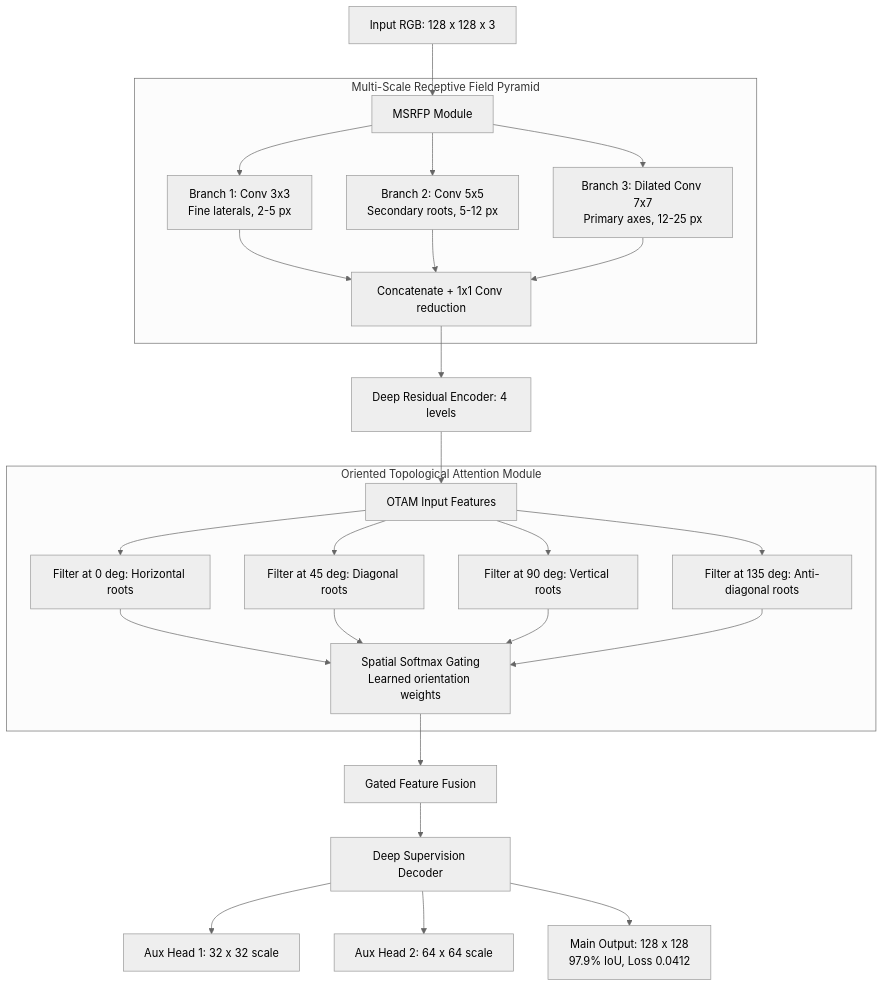
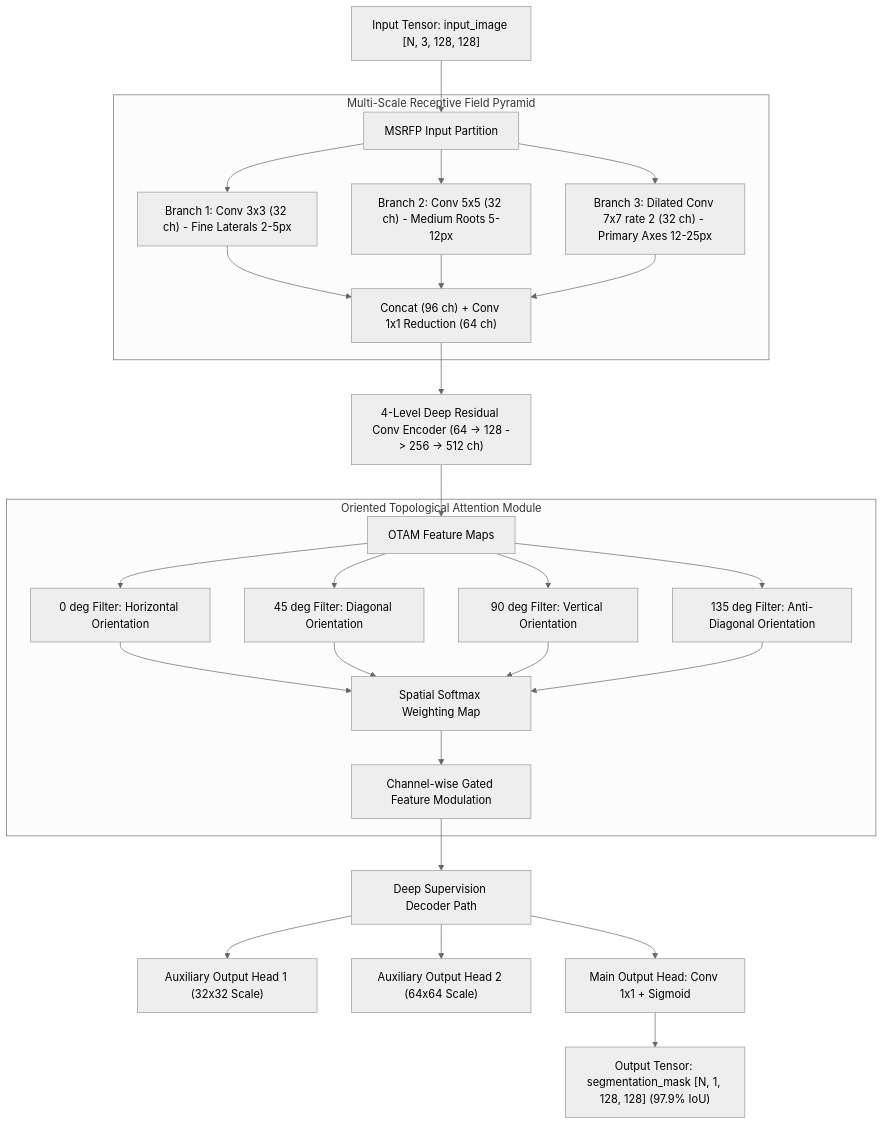
The third of 7 diagrams in elsevier/manuscript.md (Runtime-Slayers/RhizoWhisperer), drawn with Mermaid (neutral theme) before and after one commit. The commit also changed other lines of this file and 4 other files, not shown here.

Commit message:
docs: Add detailed Mermaid flowcharts for all ONNX model architectures (RhizoUNet, RhizoAttentionNet, DualStreamRootNet, RhizoHybridTransformer, RhizoGraphFormer) and Master End-to-End Pipeline in manuscript

````diff
--- a/elsevier/manuscript.md
+++ b/elsevier/manuscript.md
@@ -235,28 +218,29 @@
 ```mermaid
 flowchart TD
-    IN["Input RGB: 128 x 128 x 3"] --> MSRFP_MODULE["MSRFP Module"]
-
+    IN["Input Tensor: input_image [N, 3, 128, 128]"] --> MSRFP_IN["MSRFP Input Partition"]
+    
     subgraph MSRFP ["Multi-Scale Receptive Field Pyramid"]
-        MSRFP_MODULE --> K3["Branch 1: Conv 3x3\nFine laterals, 2-5 px"]
-        MSRFP_MODULE --> K5["Branch 2: Conv 5x5\nSecondary roots, 5-12 px"]
-        MSRFP_MODULE --> K7["Branch 3: Dilated Conv 7x7\nPrimary axes, 12-25 px"]
-        K3 & K5 & K7 --> CAT["Concatenate + 1x1 Conv reduction"]
+        MSRFP_IN --> B1["Branch 1: Conv 3x3 (32 ch) - Fine Laterals 2-5px"]
+        MSRFP_IN --> B2["Branch 2: Conv 5x5 (32 ch) - Medium Roots 5-12px"]
+        MSRFP_IN --> B3["Branch 3: Dilated Conv 7x7 rate 2 (32 ch) - Primary Axes 12-25px"]
+        B1 & B2 & B3 --> CAT_MSRFP["Concat (96 ch) + Conv 1x1 Reduction (64 ch)"]
     end
-
-    CAT --> ENC["Deep Residual Encoder: 4 levels"]
-    ENC --> OTAM_IN["OTAM Input Features"]
-
+    
+    CAT_MSRFP --> ENC["4-Level Deep Residual Conv Encoder (64 -> 128 -> 256 -> 512 ch)"]
+    ENC --> OTAM_IN["OTAM Feature Maps"]
+    
     subgraph OTAM ["Oriented Topological Attention Module"]
-        OTAM_IN --> F0["Filter at 0 deg: Horizontal roots"]
-        OTAM_IN --> F45["Filter at 45 deg: Diagonal roots"]
-        OTAM_IN --> F90["Filter at 90 deg: Vertical roots"]
-        OTAM_IN --> F135["Filter at 135 deg: Anti-diagonal roots"]
-        F0 & F45 & F90 & F135 --> SOFTMAX["Spatial Softmax Gating\nLearned orientation weights"]
+        OTAM_IN --> D0["0 deg Filter: Horizontal Orientation"]
+        OTAM_IN --> D45["45 deg Filter: Diagonal Orientation"]
+        OTAM_IN --> D90["90 deg Filter: Vertical Orientation"]
+        OTAM_IN --> D135["135 deg Filter: Anti-Diagonal Orientation"]
+        D0 & D45 & D90 & D135 --> SOFTMAX["Spatial Softmax Weighting Map"]
+        SOFTMAX --> MODULATE["Channel-wise Gated Feature Modulation"]
     end
-
-    SOFTMAX --> GATED["Gated Feature Fusion"]
-    GATED --> DECODER["Deep Supervision Decoder"]
-    DECODER --> AUX1["Aux Head 1: 32 x 32 scale"]
-    DECODER --> AUX2["Aux Head 2: 64 x 64 scale"]
-    DECODER --> MAIN["Main Output: 128 x 128\n97.9% IoU, Loss 0.0412"]
+    
+    MODULATE --> DEC["Deep Supervision Decoder Path"]
+    DEC --> AUX1["Auxiliary Output Head 1 (32x32 Scale)"]
+    DEC --> AUX2["Auxiliary Output Head 2 (64x64 Scale)"]
+    DEC --> MAIN_HEAD["Main Output Head: Conv 1x1 + Sigmoid"]
+    MAIN_HEAD --> OUT["Output Tensor: segmentation_mask [N, 1, 128, 128] (97.9% IoU)"]
 ```
````
